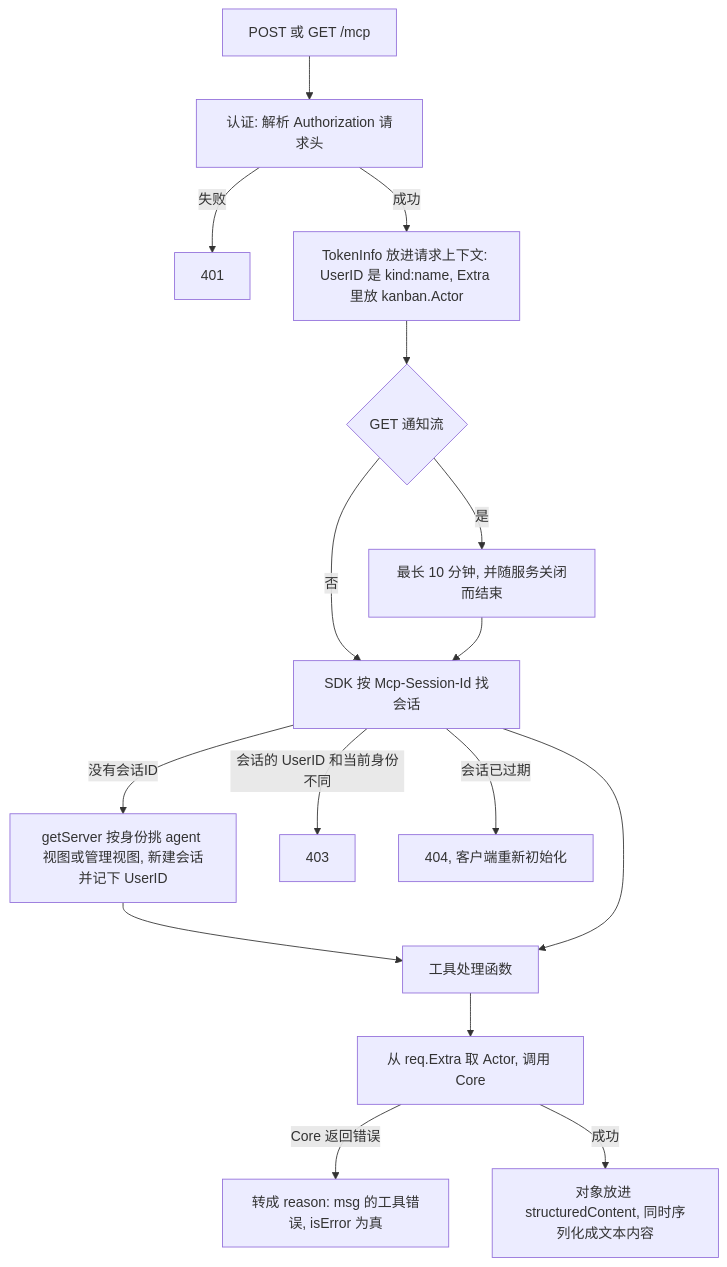
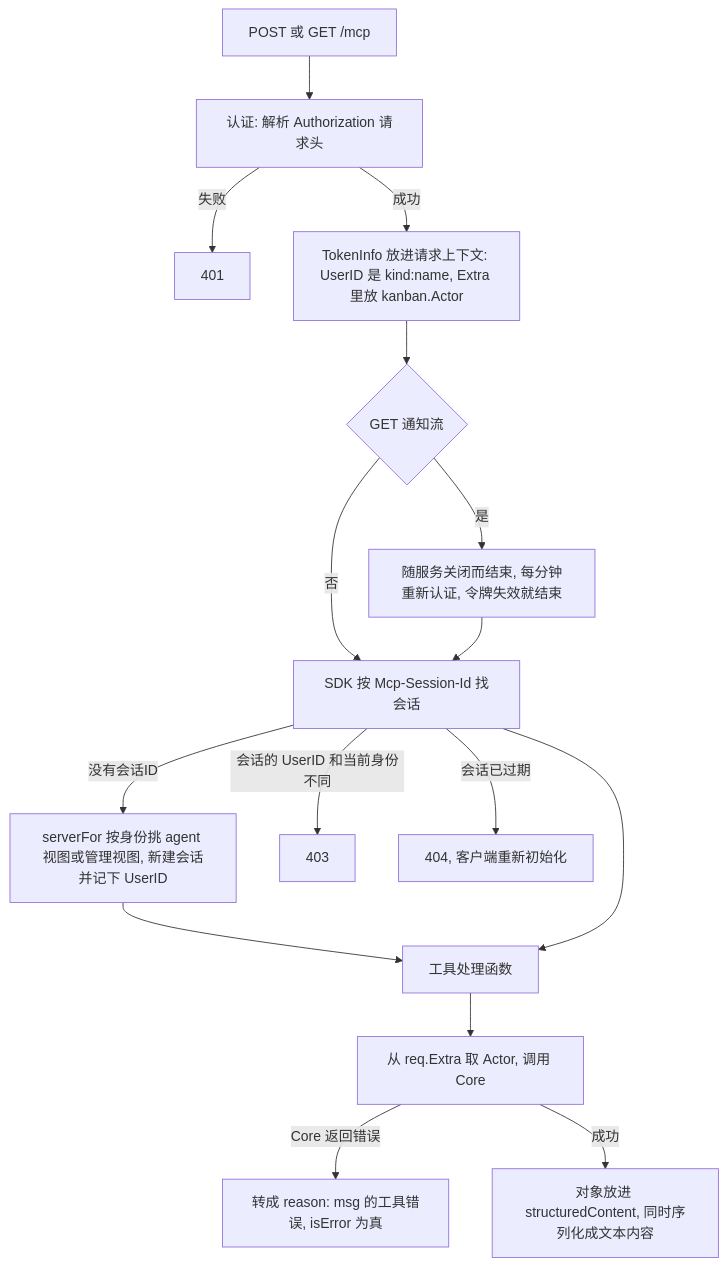
One commit to ixugo/slate-kanban changed the first of 2 diagrams in .cursor/scopes/mcp.server.go.md. Above: the diagram before and after it, drawn with Mermaid. The commit also changed other lines of this file and 1 other file, not shown here.

````diff
--- a/.cursor/scopes/mcp.server.go.md
+++ b/.cursor/scopes/mcp.server.go.md
@@ -66,18 +66,18 @@
 ```mermaid
 flowchart TD
     A[POST 或 GET /mcp] --> B[认证: 解析 Authorization 请求头]
     B -->|失败| Z1[401]
     B -->|成功| C[TokenInfo 放进请求上下文: UserID 是 kind:name, Extra 里放 kanban.Actor]
     C --> D{GET 通知流}
-    D -->|是| E[最长 10 分钟, 并随服务关闭而结束]
+    D -->|是| E[随服务关闭而结束, 每分钟重新认证, 令牌失效就结束]
     D -->|否| F[SDK 按 Mcp-Session-Id 找会话]
     E --> F
-    F -->|没有会话ID| G[getServer 按身份挑 agent 视图或管理视图, 新建会话并记下 UserID]
+    F -->|没有会话ID| G[serverFor 按身份挑 agent 视图或管理视图, 新建会话并记下 UserID]
     F -->|会话的 UserID 和当前身份不同| Z2[403]
     F -->|会话已过期| Z3[404, 客户端重新初始化]
     G --> H[工具处理函数]
     F --> H
     H --> I[从 req.Extra 取 Actor, 调用 Core]
     I -->|Core 返回错误| J[转成 reason: msg 的工具错误, isError 为真]
     I -->|成功| K[对象放进 structuredContent, 同时序列化成文本内容]
 ```
````
